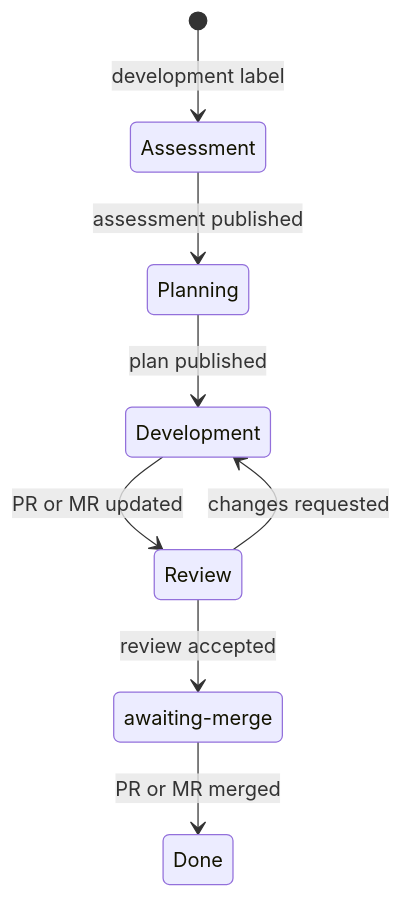
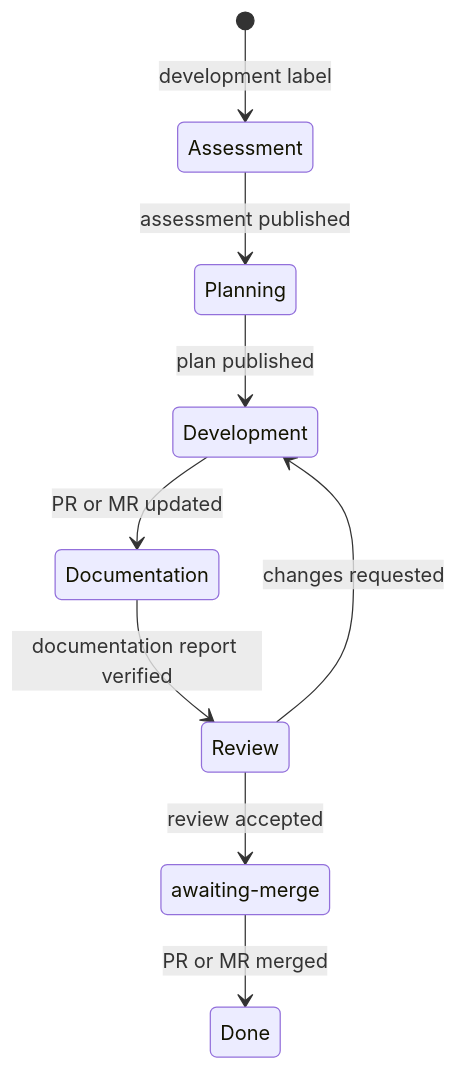
One commit to denifilatoff/agent-flow changed the first of 3 diagrams in docs/agent-flow-architecture.md. Above: the diagram before and after it, drawn with Mermaid. The commit also changed other lines of this file and 5 other files, not shown here.

````diff
--- a/docs/agent-flow-architecture.md
+++ b/docs/agent-flow-architecture.md
@@ -276,12 +284,13 @@
 ```mermaid
 stateDiagram-v2
     state "awaiting-merge" as AwaitingMerge
 
     [*] --> Assessment: development label
     Assessment --> Planning: assessment published
     Planning --> Development: plan published
-    Development --> Review: PR or MR updated
+    Development --> Documentation: PR or MR updated
+    Documentation --> Review: documentation report verified
     Review --> Development: changes requested
     Review --> AwaitingMerge: review accepted
     AwaitingMerge --> Done: PR or MR merged
 ```
````
